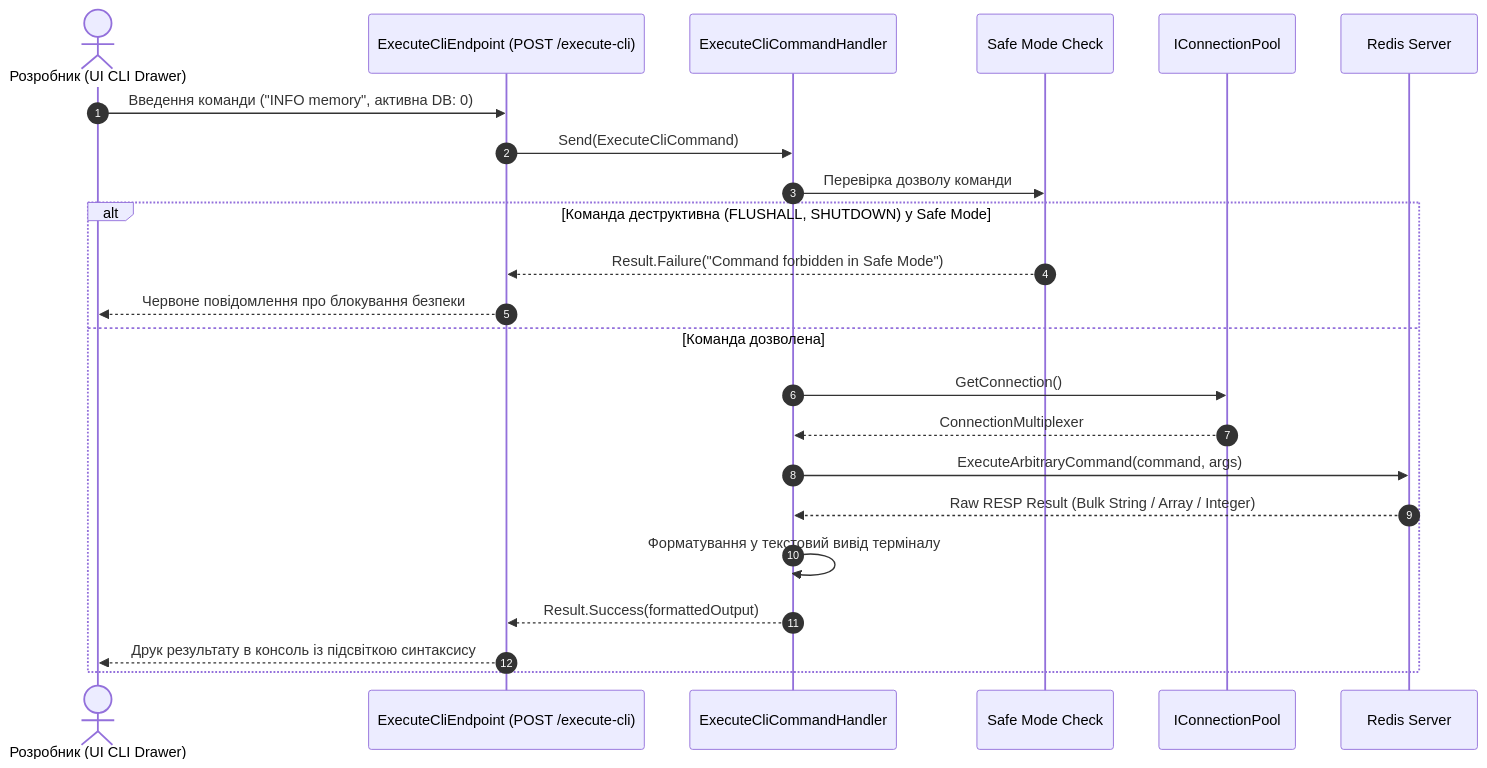
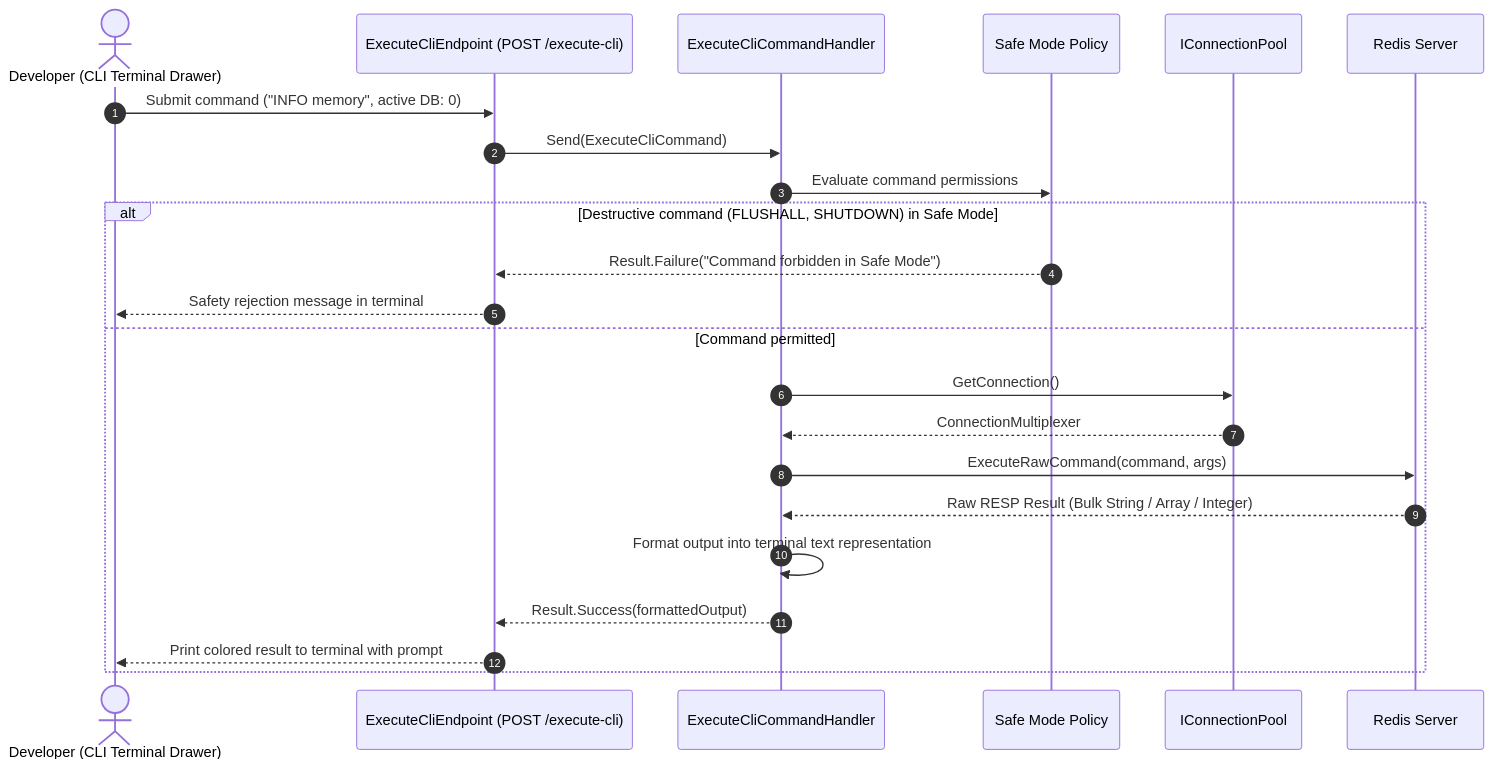
The eighth of 8 diagrams in docs/diagrams.md (dellik95/redis-gui), drawn with Mermaid before and after one commit. The commit also changed other lines of this file and 30 other files, not shown here.

````diff
--- a/docs/diagrams.md
+++ b/docs/diagrams.md
@@ -278,27 +278,27 @@
 ```mermaid
 sequenceDiagram
     autonumber
-    actor Dev as Розробник (UI CLI Drawer)
+    actor Dev as Developer (CLI Terminal Drawer)
     participant Endpoint as ExecuteCliEndpoint (POST /execute-cli)
     participant Handler as ExecuteCliCommandHandler
-    participant SafeMode as Safe Mode Check
+    participant SafeMode as Safe Mode Policy
     participant Pool as IConnectionPool
     participant Redis as Redis Server
 
-    Dev->>Endpoint: Введення команди ("INFO memory", активна DB: 0)
+    Dev->>Endpoint: Submit command ("INFO memory", active DB: 0)
     Endpoint->>Handler: Send(ExecuteCliCommand)
-    Handler->>SafeMode: Перевірка дозволу команди
+    Handler->>SafeMode: Evaluate command permissions
     
-    alt Команда деструктивна (FLUSHALL, SHUTDOWN) у Safe Mode
+    alt Destructive command (FLUSHALL, SHUTDOWN) in Safe Mode
         SafeMode-->>Endpoint: Result.Failure("Command forbidden in Safe Mode")
-        Endpoint-->>Dev: Червоне повідомлення про блокування безпеки
-    else Команда дозволена
+        Endpoint-->>Dev: Safety rejection message in terminal
+    else Command permitted
         Handler->>Pool: GetConnection()
         Pool-->>Handler: ConnectionMultiplexer
-        Handler->>Redis: ExecuteArbitraryCommand(command, args)
+        Handler->>Redis: ExecuteRawCommand(command, args)
         Redis-->>Handler: Raw RESP Result (Bulk String / Array / Integer)
-        Handler->>Handler: Форматування у текстовий вивід терміналу
+        Handler->>Handler: Format output into terminal text representation
         Handler-->>Endpoint: Result.Success(formattedOutput)
-        Endpoint-->>Dev: Друк результату в консоль із підсвіткою синтаксису
+        Endpoint-->>Dev: Print colored result to terminal with prompt
     end
 ```
````
